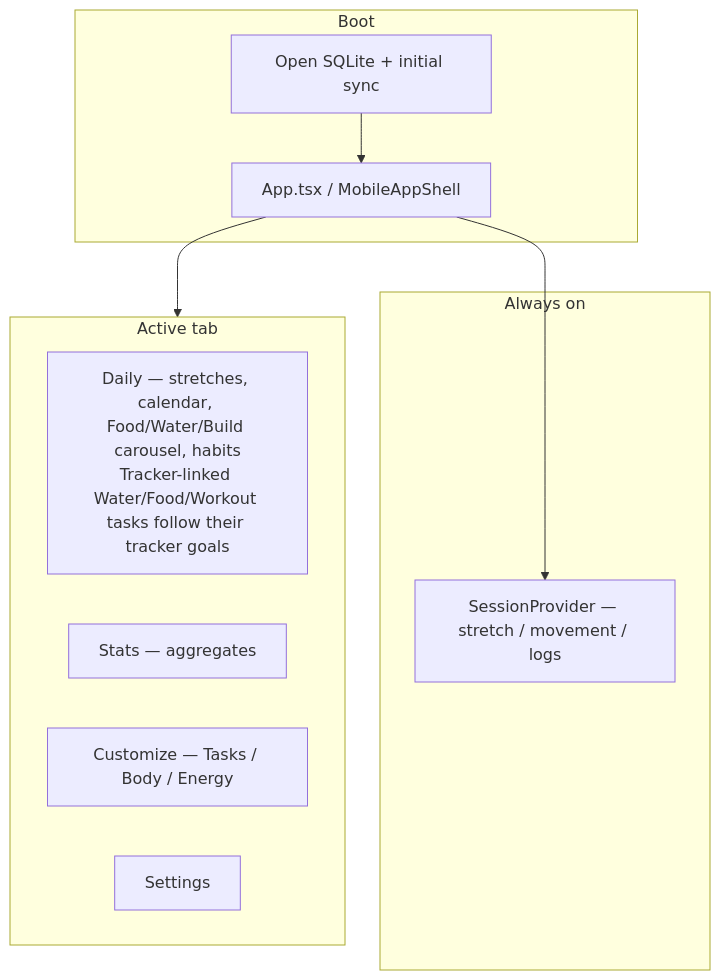
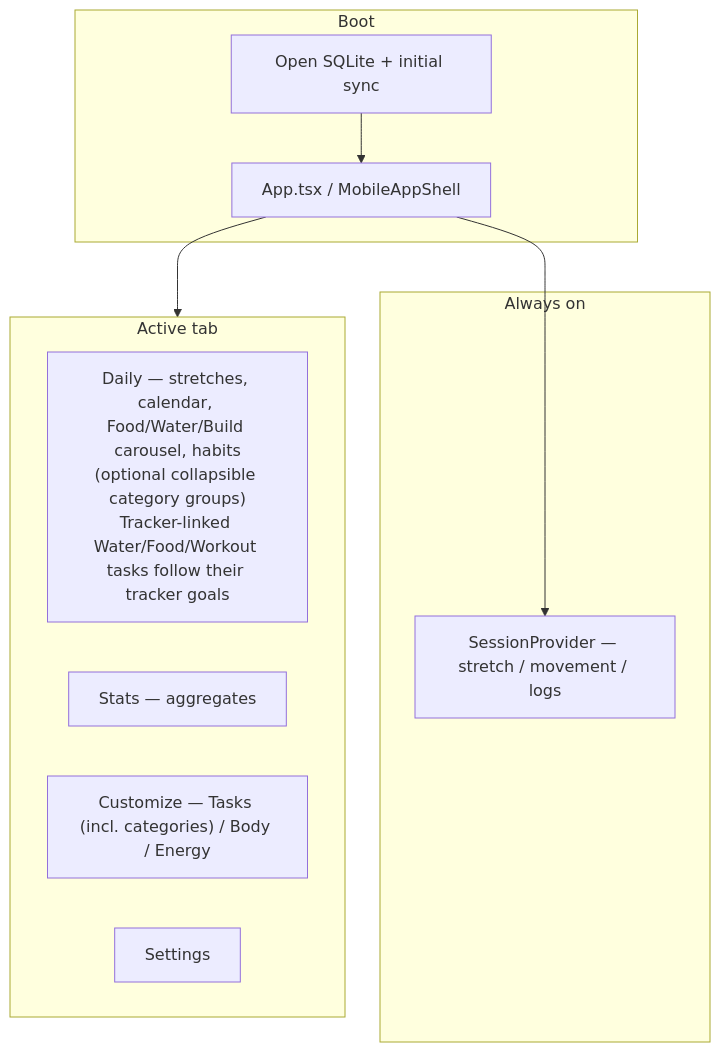
The second of 4 diagrams in scaffold/CODEMAP-HUMAN.md (jdserenity/management), drawn with Mermaid before and after one commit. The commit also changed 1 other file, not shown here.

Commit message:
Document task categories and interleaved Daily collapse behavior.

````diff
--- a/scaffold/CODEMAP-HUMAN.md
+++ b/scaffold/CODEMAP-HUMAN.md
@@ -35,19 +35,19 @@
 ```mermaid
 flowchart TB
   subgraph boot["Boot"]
     DB["Open SQLite + initial sync"]
     App["App.tsx / MobileAppShell"]
   end
   subgraph providers["Always on"]
     SP["SessionProvider — stretch / movement / logs"]
   end
   subgraph tabs["Active tab"]
-    Daily["Daily — stretches, calendar, Food/Water/Build carousel, habits\nTracker-linked Water/Food/Workout tasks follow their tracker goals"]
+    Daily["Daily — stretches, calendar, Food/Water/Build carousel, habits\n(optional collapsible category groups)\nTracker-linked Water/Food/Workout tasks follow their tracker goals"]
     Stats["Stats — aggregates"]
-    Customize["Customize — Tasks / Body / Energy"]
+    Customize["Customize — Tasks (incl. categories) / Body / Energy"]
     Settings["Settings"]
   end
   DB --> App
   App --> SP
   App --> tabs
 ```
````
